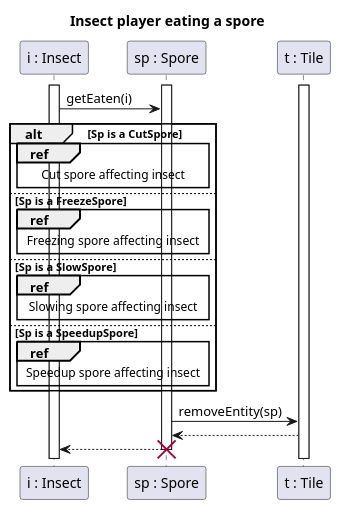
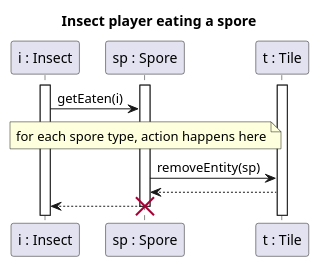
The diagram in diagrams/diagramFiles/SQ_InsectEating.puml (Harcipan/Projlab_nullpointerexception), drawn with PlantUML before and after one commit. The commit also changed 10 other files, not shown here.

```diff
--- a/diagrams/diagramFiles/SQ_InsectEating.puml
+++ b/diagrams/diagramFiles/SQ_InsectEating.puml
@@ -1,30 +1,22 @@
 @startuml Insect eating
 
 title Insect player eating a spore
 
 participant "i : Insect" as I
 participant "sp : Spore" as Sp
 participant "t : Tile" as T
 
 activate I
 activate T
 activate Sp
 
 I -> Sp : getEaten(i)
-alt Sp is a CutSpore 
-ref over I, Sp : Cut spore affecting insect
-else Sp is a FreezeSpore
-ref over I, Sp : Freezing spore affecting insect
-else Sp is a SlowSpore
-ref over I, Sp : Slowing spore affecting insect
-else Sp is a SpeedupSpore
-ref over I, Sp : Speedup spore affecting insect
-end
+note over Sp : for each spore type, action happens here 
 Sp -> T : removeEntity(sp)
 T --> Sp
 Sp --> I
 
 destroy Sp
 
 
 @enduml
```
